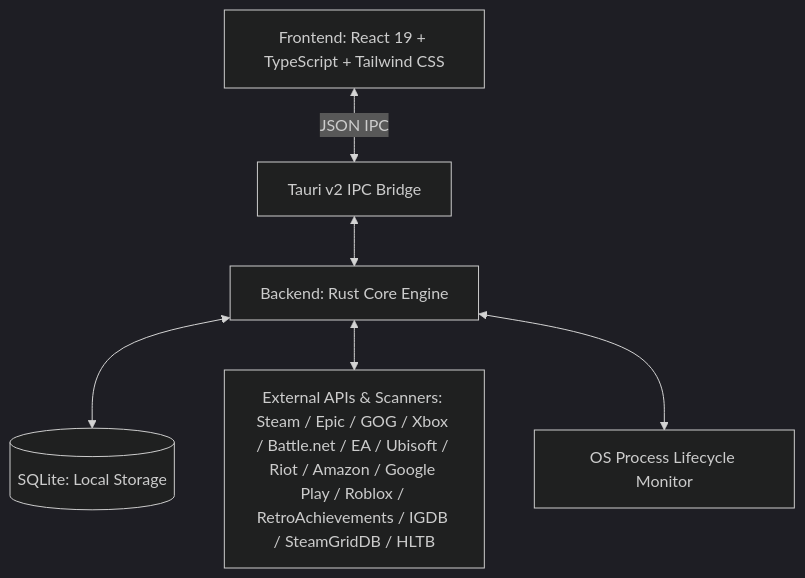
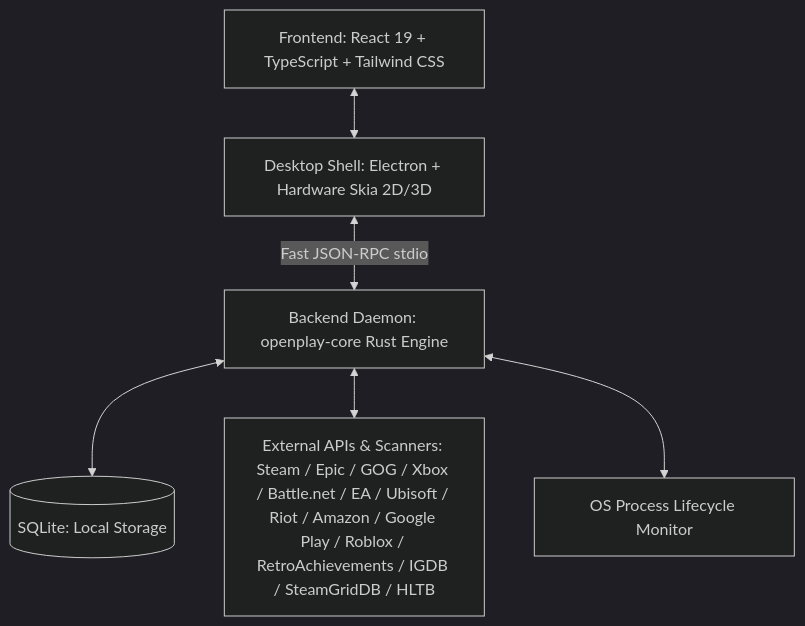
One commit to Screamycat/OpenPlay changed the diagram in README.md. Above: the diagram before and after it, drawn with Mermaid (dark theme). The commit also changed other lines of this file and 103 other files, not shown here.

````diff
--- a/README.md
+++ b/README.md
@@ -172,15 +183,15 @@
 ```mermaid
 graph TD
     UI[Frontend: React 19 + TypeScript + Tailwind CSS]
-    TAURI[Tauri v2 IPC Bridge]
-    CORE[Backend: Rust Core Engine]
+    SHELL[Desktop Shell: Electron + Hardware Skia 2D/3D]
+    DAEMON[Backend Daemon: openplay-core Rust Engine]
     DB[(SQLite: Local Storage)]
     EXT[External APIs & Scanners: Steam / Epic / GOG / Xbox / Battle.net / EA / Ubisoft / Riot / Amazon / Google Play / Roblox / RetroAchievements / IGDB / SteamGridDB / HLTB]
     PROC[OS Process Lifecycle Monitor]
 
-    UI <-->|JSON IPC| TAURI
-    TAURI <--> CORE
-    CORE <--> DB
-    CORE <--> EXT
-    CORE <--> PROC
+    UI <--> SHELL
+    SHELL <-->|Fast JSON-RPC stdio| DAEMON
+    DAEMON <--> DB
+    DAEMON <--> EXT
+    DAEMON <--> PROC
 ```
````
